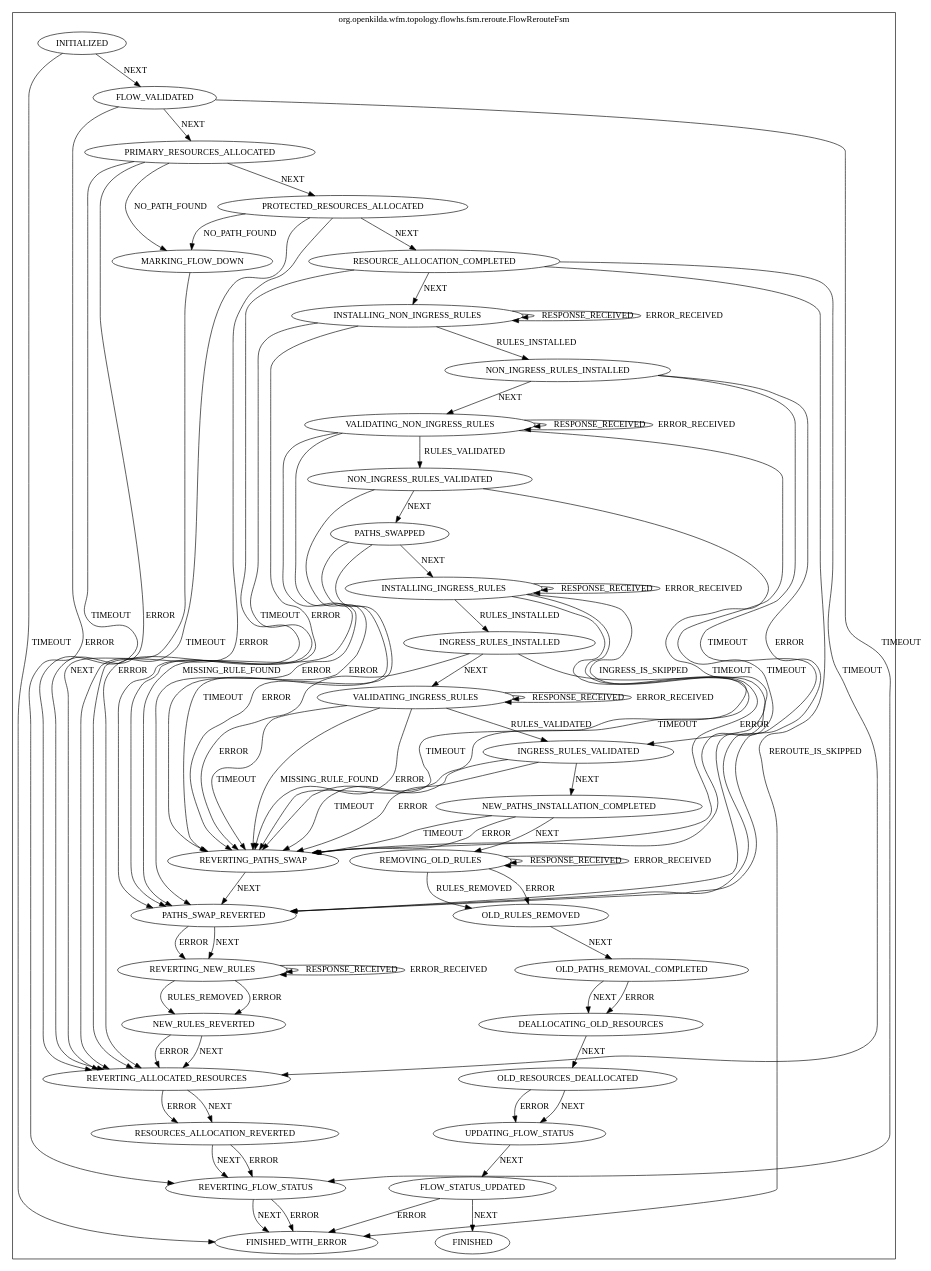
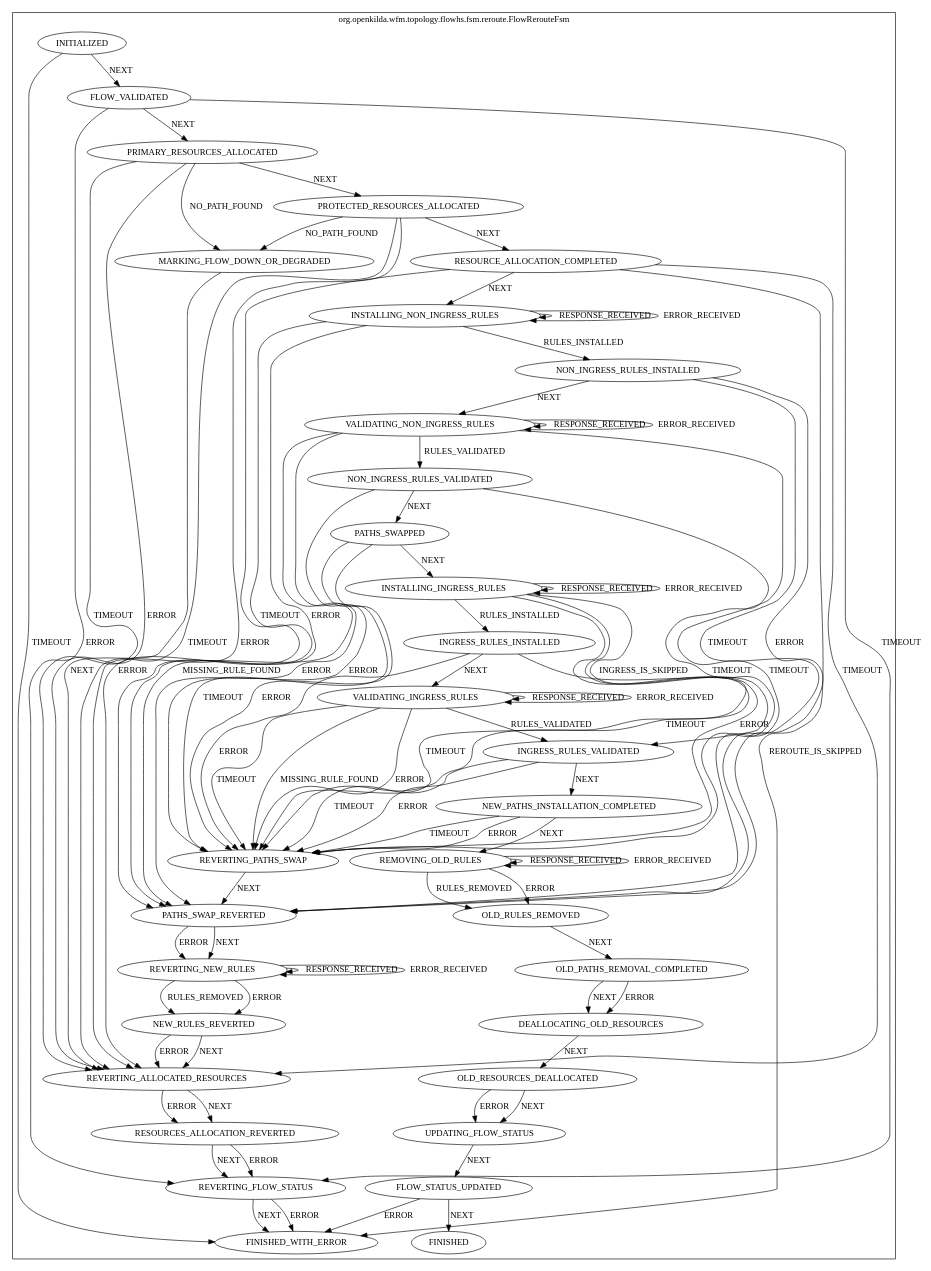
The diagram in docs/design/hub-and-spoke/reroute/flow-reroute-fsm.dot (telstra/open-kilda), drawn with Graphviz before and after one commit. The commit also changed 3 other files, not shown here.

First line of the commit message:
Make flow Degraded after reroute if protected flow is Down

```diff
--- a/docs/design/hub-and-spoke/reroute/flow-reroute-fsm.dot
+++ b/docs/design/hub-and-spoke/reroute/flow-reroute-fsm.dot
@@ -1,124 +1,124 @@
 digraph {
 compound=true;
 subgraph cluster_StateMachine {
 label="org.openkilda.wfm.topology.flowhs.fsm.reroute.FlowRerouteFsm";
 INSTALLING_NON_INGRESS_RULES [label="INSTALLING_NON_INGRESS_RULES"];
 INGRESS_RULES_VALIDATED [label="INGRESS_RULES_VALIDATED"];
 DEALLOCATING_OLD_RESOURCES [label="DEALLOCATING_OLD_RESOURCES"];
 INSTALLING_INGRESS_RULES [label="INSTALLING_INGRESS_RULES"];
 VALIDATING_INGRESS_RULES [label="VALIDATING_INGRESS_RULES"];
 FINISHED_WITH_ERROR [label="FINISHED_WITH_ERROR"];
 INGRESS_RULES_INSTALLED [label="INGRESS_RULES_INSTALLED"];
 FINISHED [label="FINISHED"];
 INITIALIZED [label="INITIALIZED"];
 REVERTING_FLOW_STATUS [label="REVERTING_FLOW_STATUS"];
 OLD_PATHS_REMOVAL_COMPLETED [label="OLD_PATHS_REMOVAL_COMPLETED"];
 FLOW_VALIDATED [label="FLOW_VALIDATED"];
 NEW_PATHS_INSTALLATION_COMPLETED [label="NEW_PATHS_INSTALLATION_COMPLETED"];
 NON_INGRESS_RULES_VALIDATED [label="NON_INGRESS_RULES_VALIDATED"];
 NEW_RULES_REVERTED [label="NEW_RULES_REVERTED"];
 RESOURCE_ALLOCATION_COMPLETED [label="RESOURCE_ALLOCATION_COMPLETED"];
 NON_INGRESS_RULES_INSTALLED [label="NON_INGRESS_RULES_INSTALLED"];
 UPDATING_FLOW_STATUS [label="UPDATING_FLOW_STATUS"];
 RESOURCES_ALLOCATION_REVERTED [label="RESOURCES_ALLOCATION_REVERTED"];
 PATHS_SWAPPED [label="PATHS_SWAPPED"];
 OLD_RESOURCES_DEALLOCATED [label="OLD_RESOURCES_DEALLOCATED"];
 FLOW_STATUS_UPDATED [label="FLOW_STATUS_UPDATED"];
-MARKING_FLOW_DOWN [label="MARKING_FLOW_DOWN"];
+MARKING_FLOW_DOWN_OR_DEGRADED [label="MARKING_FLOW_DOWN_OR_DEGRADED"];
 PROTECTED_RESOURCES_ALLOCATED [label="PROTECTED_RESOURCES_ALLOCATED"];
 REVERTING_ALLOCATED_RESOURCES [label="REVERTING_ALLOCATED_RESOURCES"];
 VALIDATING_NON_INGRESS_RULES [label="VALIDATING_NON_INGRESS_RULES"];
 REVERTING_PATHS_SWAP [label="REVERTING_PATHS_SWAP"];
 OLD_RULES_REMOVED [label="OLD_RULES_REMOVED"];
 REVERTING_NEW_RULES [label="REVERTING_NEW_RULES"];
 REMOVING_OLD_RULES [label="REMOVING_OLD_RULES"];
 PATHS_SWAP_REVERTED [label="PATHS_SWAP_REVERTED"];
 PRIMARY_RESOURCES_ALLOCATED [label="PRIMARY_RESOURCES_ALLOCATED"];
 
 INSTALLING_NON_INGRESS_RULES -> INSTALLING_NON_INGRESS_RULES [ label="RESPONSE_RECEIVED"];
 INSTALLING_NON_INGRESS_RULES -> INSTALLING_NON_INGRESS_RULES [ label="ERROR_RECEIVED"];
 INSTALLING_NON_INGRESS_RULES -> NON_INGRESS_RULES_INSTALLED [ label="RULES_INSTALLED"];
 INSTALLING_NON_INGRESS_RULES -> PATHS_SWAP_REVERTED [ label="TIMEOUT"];
 INSTALLING_NON_INGRESS_RULES -> PATHS_SWAP_REVERTED [ label="ERROR"];
 INGRESS_RULES_VALIDATED -> NEW_PATHS_INSTALLATION_COMPLETED [ label="NEXT"];
 INGRESS_RULES_VALIDATED -> REVERTING_PATHS_SWAP [ label="TIMEOUT"];
 INGRESS_RULES_VALIDATED -> REVERTING_PATHS_SWAP [ label="ERROR"];
 DEALLOCATING_OLD_RESOURCES -> OLD_RESOURCES_DEALLOCATED [ label="NEXT"];
 INSTALLING_INGRESS_RULES -> INSTALLING_INGRESS_RULES [ label="RESPONSE_RECEIVED"];
 INSTALLING_INGRESS_RULES -> INSTALLING_INGRESS_RULES [ label="ERROR_RECEIVED"];
 INSTALLING_INGRESS_RULES -> INGRESS_RULES_INSTALLED [ label="RULES_INSTALLED"];
 INSTALLING_INGRESS_RULES -> INGRESS_RULES_VALIDATED [ label="INGRESS_IS_SKIPPED"];
 INSTALLING_INGRESS_RULES -> REVERTING_PATHS_SWAP [ label="TIMEOUT"];
 INSTALLING_INGRESS_RULES -> REVERTING_PATHS_SWAP [ label="ERROR"];
 VALIDATING_INGRESS_RULES -> VALIDATING_INGRESS_RULES [ label="RESPONSE_RECEIVED"];
 VALIDATING_INGRESS_RULES -> VALIDATING_INGRESS_RULES [ label="ERROR_RECEIVED"];
 VALIDATING_INGRESS_RULES -> INGRESS_RULES_VALIDATED [ label="RULES_VALIDATED"];
 VALIDATING_INGRESS_RULES -> REVERTING_PATHS_SWAP [ label="TIMEOUT"];
 VALIDATING_INGRESS_RULES -> REVERTING_PATHS_SWAP [ label="MISSING_RULE_FOUND"];
 VALIDATING_INGRESS_RULES -> REVERTING_PATHS_SWAP [ label="ERROR"];
 INGRESS_RULES_INSTALLED -> VALIDATING_INGRESS_RULES [ label="NEXT"];
 INGRESS_RULES_INSTALLED -> REVERTING_PATHS_SWAP [ label="TIMEOUT"];
 INGRESS_RULES_INSTALLED -> REVERTING_PATHS_SWAP [ label="ERROR"];
 INITIALIZED -> FLOW_VALIDATED [ label="NEXT"];
 INITIALIZED -> FINISHED_WITH_ERROR [ label="TIMEOUT"];
 REVERTING_FLOW_STATUS -> FINISHED_WITH_ERROR [ label="NEXT"];
 REVERTING_FLOW_STATUS -> FINISHED_WITH_ERROR [ label="ERROR"];
 OLD_PATHS_REMOVAL_COMPLETED -> DEALLOCATING_OLD_RESOURCES [ label="NEXT"];
 OLD_PATHS_REMOVAL_COMPLETED -> DEALLOCATING_OLD_RESOURCES [ label="ERROR"];
 FLOW_VALIDATED -> PRIMARY_RESOURCES_ALLOCATED [ label="NEXT"];
 FLOW_VALIDATED -> REVERTING_FLOW_STATUS [ label="TIMEOUT"];
 FLOW_VALIDATED -> REVERTING_FLOW_STATUS [ label="ERROR"];
 NEW_PATHS_INSTALLATION_COMPLETED -> REMOVING_OLD_RULES [ label="NEXT"];
 NEW_PATHS_INSTALLATION_COMPLETED -> REVERTING_PATHS_SWAP [ label="TIMEOUT"];
 NEW_PATHS_INSTALLATION_COMPLETED -> REVERTING_PATHS_SWAP [ label="ERROR"];
 NON_INGRESS_RULES_VALIDATED -> PATHS_SWAPPED [ label="NEXT"];
 NON_INGRESS_RULES_VALIDATED -> REVERTING_PATHS_SWAP [ label="TIMEOUT"];
 NON_INGRESS_RULES_VALIDATED -> REVERTING_PATHS_SWAP [ label="ERROR"];
 NEW_RULES_REVERTED -> REVERTING_ALLOCATED_RESOURCES [ label="NEXT"];
 NEW_RULES_REVERTED -> REVERTING_ALLOCATED_RESOURCES [ label="ERROR"];
 RESOURCE_ALLOCATION_COMPLETED -> INSTALLING_NON_INGRESS_RULES [ label="NEXT"];
 RESOURCE_ALLOCATION_COMPLETED -> FINISHED_WITH_ERROR [ label="REROUTE_IS_SKIPPED"];
 RESOURCE_ALLOCATION_COMPLETED -> REVERTING_ALLOCATED_RESOURCES [ label="TIMEOUT"];
 RESOURCE_ALLOCATION_COMPLETED -> REVERTING_ALLOCATED_RESOURCES [ label="ERROR"];
 NON_INGRESS_RULES_INSTALLED -> VALIDATING_NON_INGRESS_RULES [ label="NEXT"];
 NON_INGRESS_RULES_INSTALLED -> PATHS_SWAP_REVERTED [ label="TIMEOUT"];
 NON_INGRESS_RULES_INSTALLED -> PATHS_SWAP_REVERTED [ label="ERROR"];
 UPDATING_FLOW_STATUS -> FLOW_STATUS_UPDATED [ label="NEXT"];
 RESOURCES_ALLOCATION_REVERTED -> REVERTING_FLOW_STATUS [ label="NEXT"];
 RESOURCES_ALLOCATION_REVERTED -> REVERTING_FLOW_STATUS [ label="ERROR"];
 PATHS_SWAPPED -> INSTALLING_INGRESS_RULES [ label="NEXT"];
 PATHS_SWAPPED -> REVERTING_PATHS_SWAP [ label="TIMEOUT"];
 PATHS_SWAPPED -> REVERTING_PATHS_SWAP [ label="ERROR"];
 OLD_RESOURCES_DEALLOCATED -> UPDATING_FLOW_STATUS [ label="NEXT"];
 OLD_RESOURCES_DEALLOCATED -> UPDATING_FLOW_STATUS [ label="ERROR"];
 FLOW_STATUS_UPDATED -> FINISHED [ label="NEXT"];
 FLOW_STATUS_UPDATED -> FINISHED_WITH_ERROR [ label="ERROR"];
-MARKING_FLOW_DOWN -> REVERTING_ALLOCATED_RESOURCES [ label="NEXT"];
+MARKING_FLOW_DOWN_OR_DEGRADED -> REVERTING_ALLOCATED_RESOURCES [ label="NEXT"];
 PROTECTED_RESOURCES_ALLOCATED -> RESOURCE_ALLOCATION_COMPLETED [ label="NEXT"];
-PROTECTED_RESOURCES_ALLOCATED -> MARKING_FLOW_DOWN [ label="NO_PATH_FOUND"];
+PROTECTED_RESOURCES_ALLOCATED -> MARKING_FLOW_DOWN_OR_DEGRADED [ label="NO_PATH_FOUND"];
 PROTECTED_RESOURCES_ALLOCATED -> REVERTING_ALLOCATED_RESOURCES [ label="TIMEOUT"];
 PROTECTED_RESOURCES_ALLOCATED -> REVERTING_ALLOCATED_RESOURCES [ label="ERROR"];
 REVERTING_ALLOCATED_RESOURCES -> RESOURCES_ALLOCATION_REVERTED [ label="NEXT"];
 REVERTING_ALLOCATED_RESOURCES -> RESOURCES_ALLOCATION_REVERTED [ label="ERROR"];
 VALIDATING_NON_INGRESS_RULES -> VALIDATING_NON_INGRESS_RULES [ label="RESPONSE_RECEIVED"];
 VALIDATING_NON_INGRESS_RULES -> VALIDATING_NON_INGRESS_RULES [ label="ERROR_RECEIVED"];
 VALIDATING_NON_INGRESS_RULES -> NON_INGRESS_RULES_VALIDATED [ label="RULES_VALIDATED"];
 VALIDATING_NON_INGRESS_RULES -> PATHS_SWAP_REVERTED [ label="TIMEOUT"];
 VALIDATING_NON_INGRESS_RULES -> PATHS_SWAP_REVERTED [ label="MISSING_RULE_FOUND"];
 VALIDATING_NON_INGRESS_RULES -> PATHS_SWAP_REVERTED [ label="ERROR"];
 REVERTING_PATHS_SWAP -> PATHS_SWAP_REVERTED [ label="NEXT"];
 OLD_RULES_REMOVED -> OLD_PATHS_REMOVAL_COMPLETED [ label="NEXT"];
 REVERTING_NEW_RULES -> REVERTING_NEW_RULES [ label="RESPONSE_RECEIVED"];
 REVERTING_NEW_RULES -> REVERTING_NEW_RULES [ label="ERROR_RECEIVED"];
 REVERTING_NEW_RULES -> NEW_RULES_REVERTED [ label="RULES_REMOVED"];
 REVERTING_NEW_RULES -> NEW_RULES_REVERTED [ label="ERROR"];
 REMOVING_OLD_RULES -> REMOVING_OLD_RULES [ label="RESPONSE_RECEIVED"];
 REMOVING_OLD_RULES -> REMOVING_OLD_RULES [ label="ERROR_RECEIVED"];
 REMOVING_OLD_RULES -> OLD_RULES_REMOVED [ label="RULES_REMOVED"];
 REMOVING_OLD_RULES -> OLD_RULES_REMOVED [ label="ERROR"];
 PATHS_SWAP_REVERTED -> REVERTING_NEW_RULES [ label="NEXT"];
 PATHS_SWAP_REVERTED -> REVERTING_NEW_RULES [ label="ERROR"];
 PRIMARY_RESOURCES_ALLOCATED -> PROTECTED_RESOURCES_ALLOCATED [ label="NEXT"];
-PRIMARY_RESOURCES_ALLOCATED -> MARKING_FLOW_DOWN [ label="NO_PATH_FOUND"];
+PRIMARY_RESOURCES_ALLOCATED -> MARKING_FLOW_DOWN_OR_DEGRADED [ label="NO_PATH_FOUND"];
 PRIMARY_RESOURCES_ALLOCATED -> REVERTING_ALLOCATED_RESOURCES [ label="TIMEOUT"];
 PRIMARY_RESOURCES_ALLOCATED -> REVERTING_ALLOCATED_RESOURCES [ label="ERROR"];}}
```
